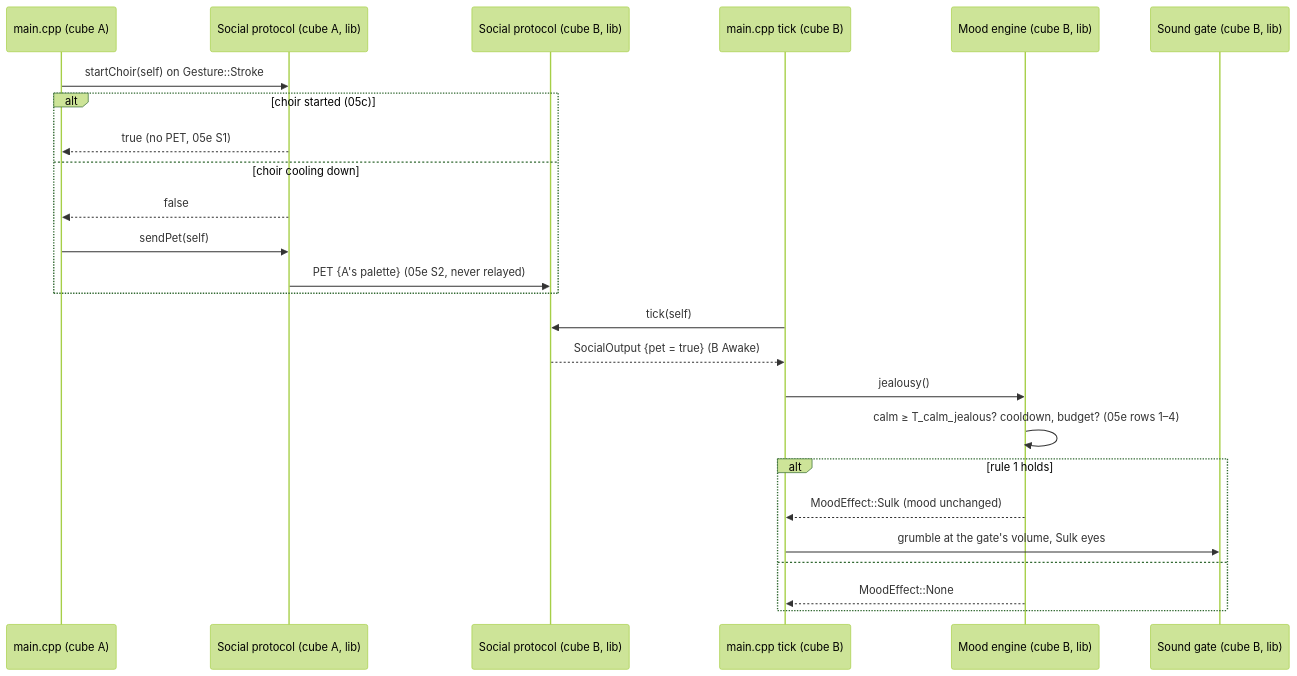
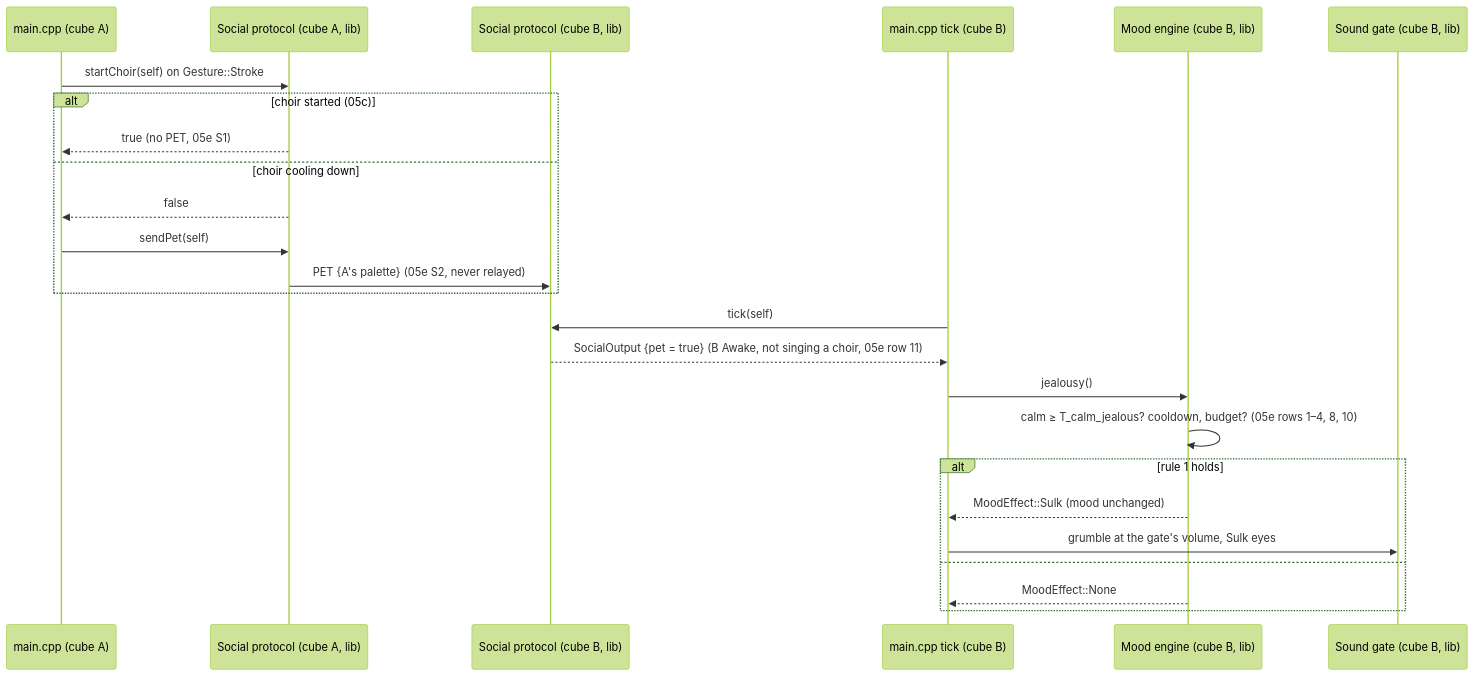
The diagram in docs/architecture/diagrams/social-group/02e-sequence-jealousy.md (benoit-bremaud/cubbies), drawn with Mermaid (forest theme) before and after one commit. The commit also changed 6 other files, not shown here.

Commit message:
docs(social): row 11 in the 05e and 02e diagrams; Choir::kSingMs cleanup

````diff
--- a/docs/architecture/diagrams/social-group/02e-sequence-jealousy.md
+++ b/docs/architecture/diagrams/social-group/02e-sequence-jealousy.md
@@ -18,28 +18,28 @@
 ```mermaid
 sequenceDiagram
   participant MA as main.cpp (cube A)
   participant SA as Social protocol (cube A, lib)
   participant SB as Social protocol (cube B, lib)
   participant MainB as main.cpp tick (cube B)
   participant MB as Mood engine (cube B, lib)
   participant Gate as Sound gate (cube B, lib)
 
   MA->>SA: startChoir(self) on Gesture::Stroke
   alt choir started (05c)
     SA-->>MA: true (no PET, 05e S1)
   else choir cooling down
     SA-->>MA: false
     MA->>SA: sendPet(self)
     SA->>SB: PET {A's palette} (05e S2, never relayed)
   end
   MainB->>SB: tick(self)
-  SB-->>MainB: SocialOutput {pet = true} (B Awake)
+  SB-->>MainB: SocialOutput {pet = true} (B Awake, not singing a choir, 05e row 11)
   MainB->>MB: jealousy()
-  MB->>MB: calm ≥ T_calm_jealous? cooldown, budget? (05e rows 1–4)
+  MB->>MB: calm ≥ T_calm_jealous? cooldown, budget? (05e rows 1–4, 8, 10)
   alt rule 1 holds
     MB-->>MainB: MoodEffect::Sulk (mood unchanged)
     MainB->>Gate: grumble at the gate's volume, Sulk eyes
   else
     MB-->>MainB: MoodEffect::None
   end
 ```
````
